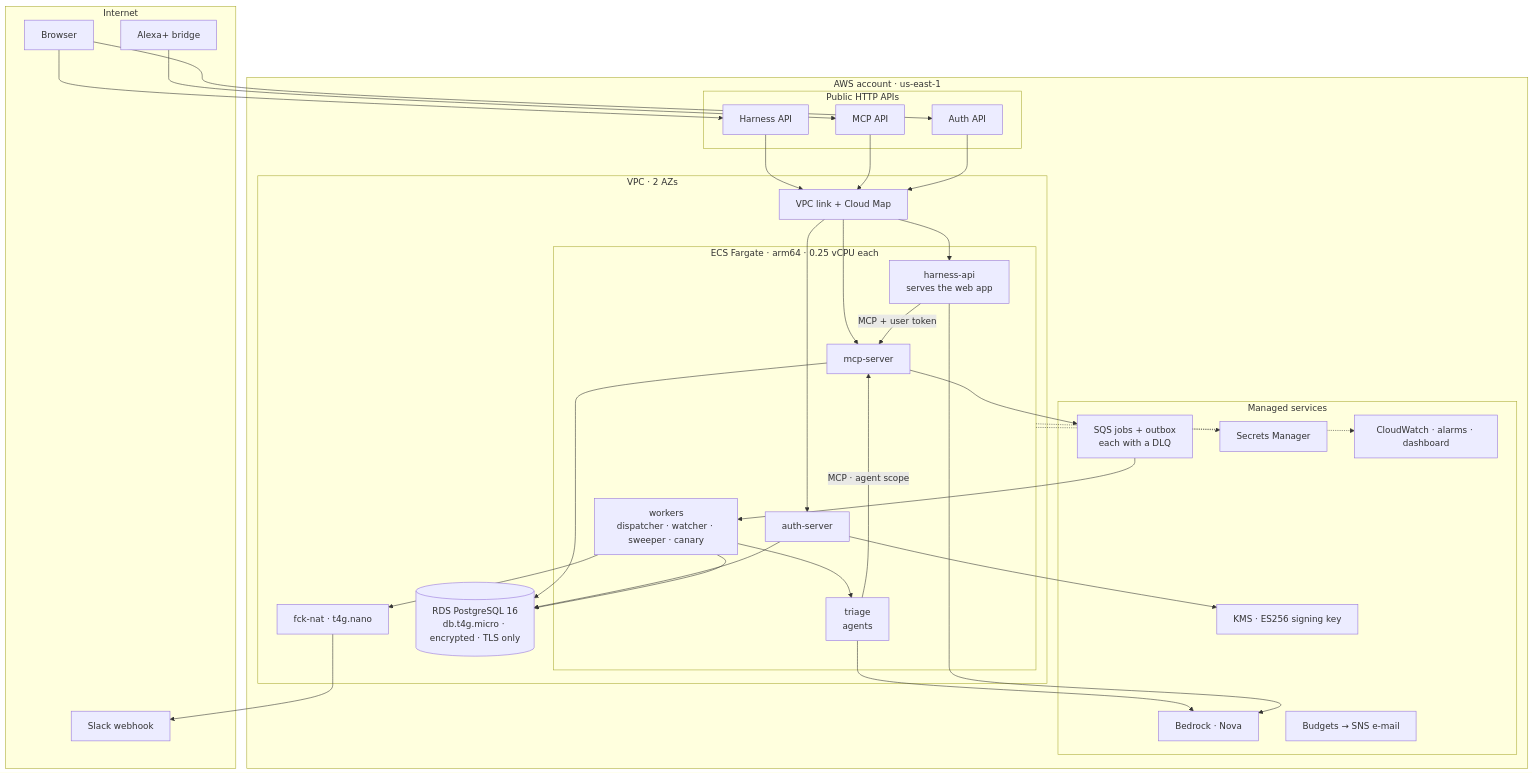
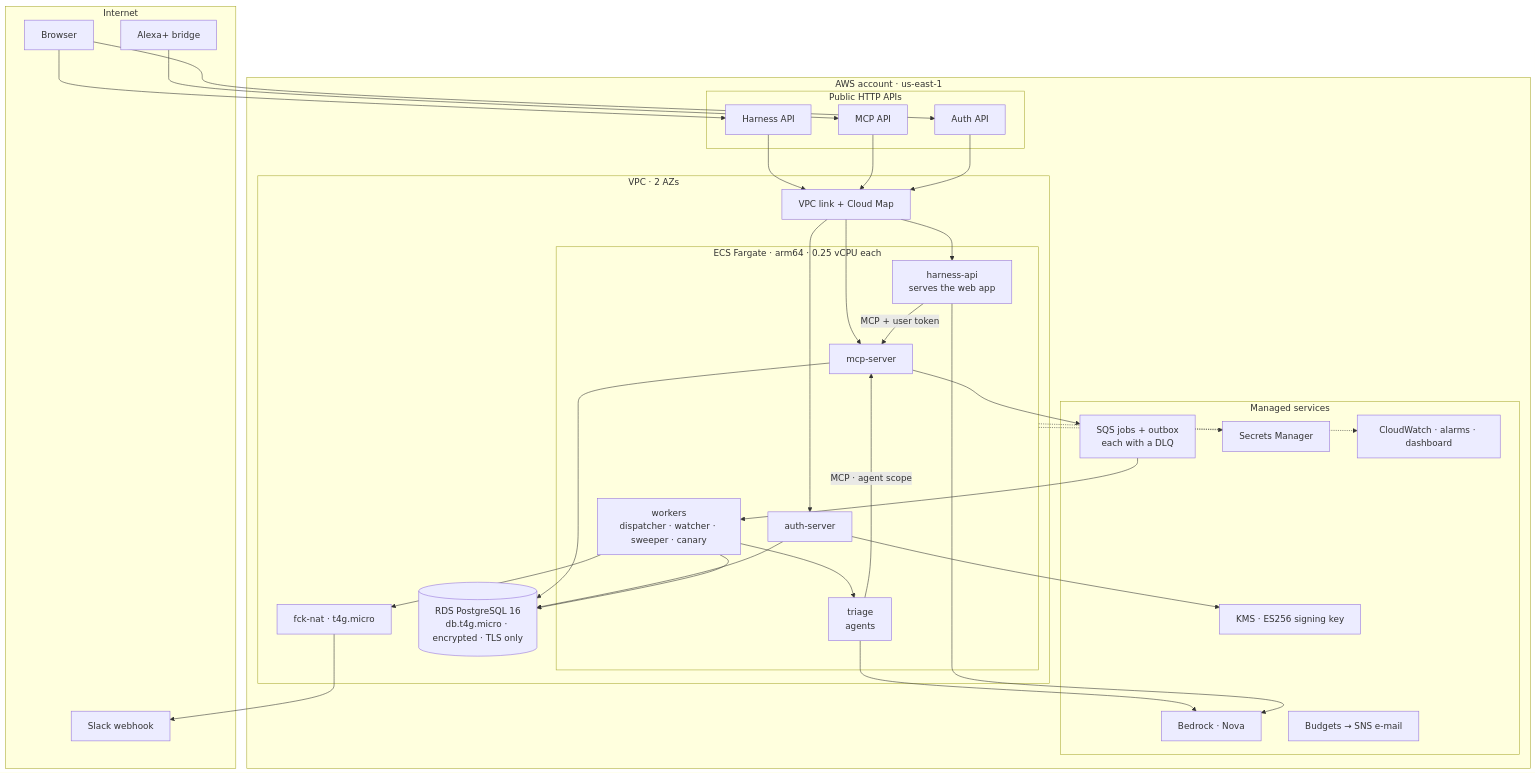
Diagram 19 of 21 in README.md (BugHunterX2101/watchfloor), drawn with Mermaid before and after one commit. The commit also changed other lines of this file and 1 other file, not shown here.

````diff
--- a/README.md
+++ b/README.md
@@ -679,55 +681,55 @@
 ```mermaid
 flowchart TB
   subgraph NET["Internet"]
     BRW["Browser"]
     ALX["Alexa+ bridge"]
     SLK["Slack webhook"]
   end
   subgraph AWS["AWS account · us-east-1"]
     subgraph EDGE["Public HTTP APIs"]
       APIH["Harness API"]
       APIM["MCP API"]
       APIA["Auth API"]
     end
     subgraph VPC["VPC · 2 AZs"]
       VL["VPC link + Cloud Map"]
       subgraph SVC["ECS Fargate · arm64 · 0.25 vCPU each"]
         HS["harness-api<br/>serves the web app"]
         MS["mcp-server"]
         AU["auth-server"]
         TR["triage<br/>agents"]
         WK["workers<br/>dispatcher · watcher · sweeper · canary"]
       end
       RDS[("RDS PostgreSQL 16<br/>db.t4g.micro · encrypted · TLS only")]
-      NAT["fck-nat · t4g.nano"]
+      NAT["fck-nat · t4g.micro"]
     end
     subgraph MANAGED["Managed services"]
       SQ["SQS jobs + outbox<br/>each with a DLQ"]
       KMS["KMS · ES256 signing key"]
       SEC["Secrets Manager"]
       BED["Bedrock · Nova"]
       CW["CloudWatch · alarms · dashboard"]
       BUD["Budgets → SNS e-mail"]
     end
   end
   BRW --> APIH --> VL
   ALX --> APIM --> VL
   BRW --> APIA --> VL
   VL --> HS
   VL --> MS
   VL --> AU
   HS -- "MCP + user token" --> MS
   MS --> RDS
   AU --> RDS
   AU --> KMS
   MS --> SQ
   SQ --> WK
   WK --> RDS
   WK --> TR
   TR -- "MCP · agent scope" --> MS
   TR --> BED
   HS --> BED
   WK --> NAT --> SLK
   SVC -.-> CW
   SVC -.-> SEC
 ```
````
